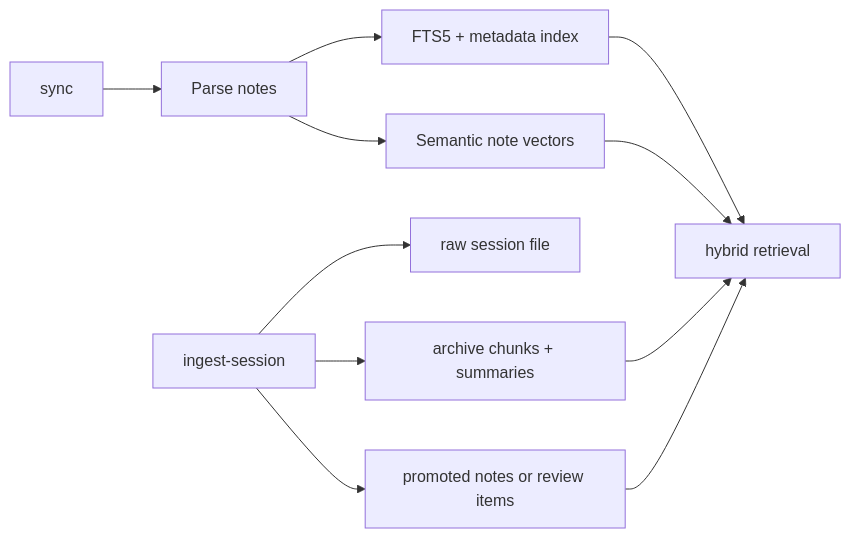
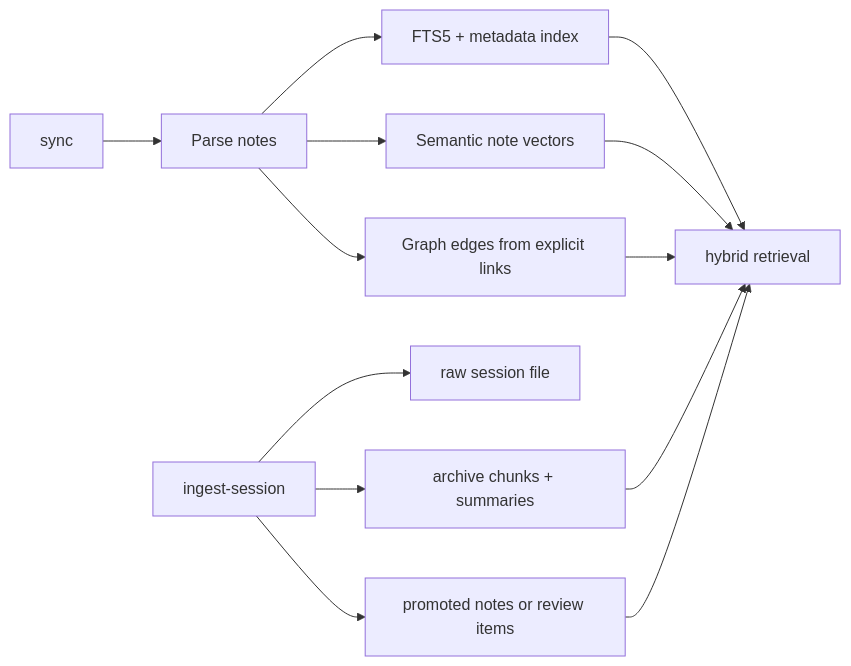
One commit to Jianyu010/MnemonicOS changed the fourth of 8 diagrams in README.md. Above: the diagram before and after it, drawn with Mermaid. The commit also changed other lines of this file and 13 other files, not shown here.

Commit message:
feat: add phase 3 graph retrieval

````diff
--- a/README.md
+++ b/README.md
@@ -53,13 +55,15 @@
 ```mermaid
 flowchart LR
     A["sync"] --> B["Parse notes"]
     B --> C["FTS5 + metadata index"]
     B --> D["Semantic note vectors"]
+    B --> J["Graph edges from explicit links"]
     E["ingest-session"] --> F["raw session file"]
     E --> G["archive chunks + summaries"]
     E --> H["promoted notes or review items"]
     C --> I["hybrid retrieval"]
     D --> I
+    J --> I
     G --> I
     H --> I
 ```
````
